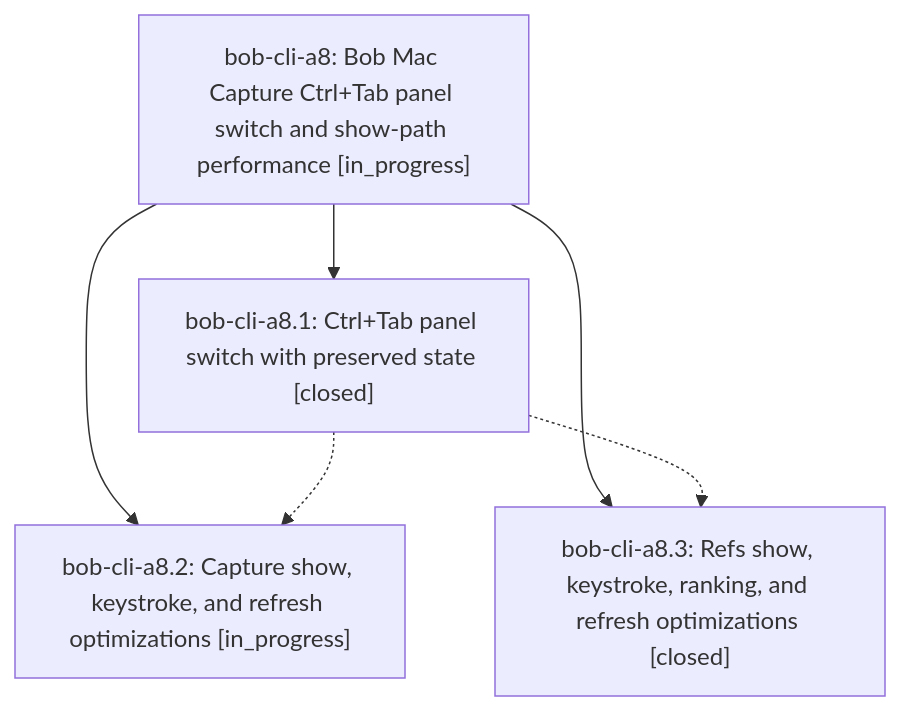
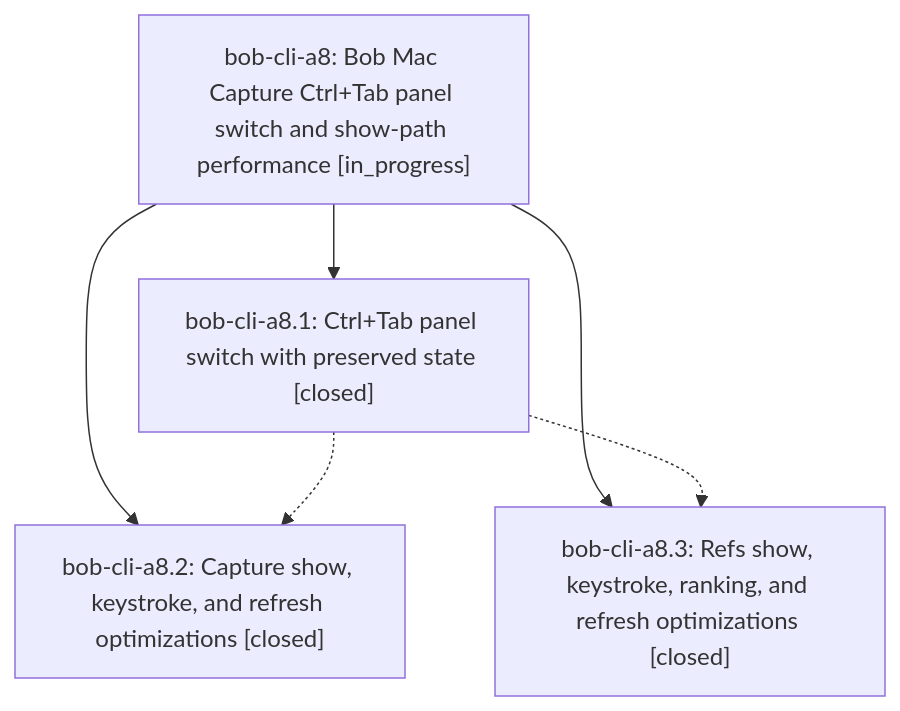
Before and after one commit to bobs-org/bob-cli--beads: the diagram in pages/bob-cli-a8/README.md, drawn with Mermaid. The commit also changed other lines of this file and 3 other files, not shown here.

First line of the commit message:
chore(beads): sync bead state and pages for bob-cli-a8

````diff
--- a/pages/bob-cli-a8/README.md
+++ b/pages/bob-cli-a8/README.md
@@ -36,12 +36,12 @@
 ```mermaid
 flowchart TD
     n0["bob-cli-a8: Bob Mac Capture Ctrl+Tab panel switch and show-path performance [in_progress]"]
     n1["bob-cli-a8.1: Ctrl+Tab panel switch with preserved state [closed]"]
-    n2["bob-cli-a8.2: Capture show, keystroke, and refresh optimizations [in_progress]"]
+    n2["bob-cli-a8.2: Capture show, keystroke, and refresh optimizations [closed]"]
     n3["bob-cli-a8.3: Refs show, keystroke, ranking, and refresh optimizations [closed]"]
     n0 --> n1
     n0 --> n2
     n0 --> n3
     n1 -.-> n2
     n1 -.-> n3
 ```
````
